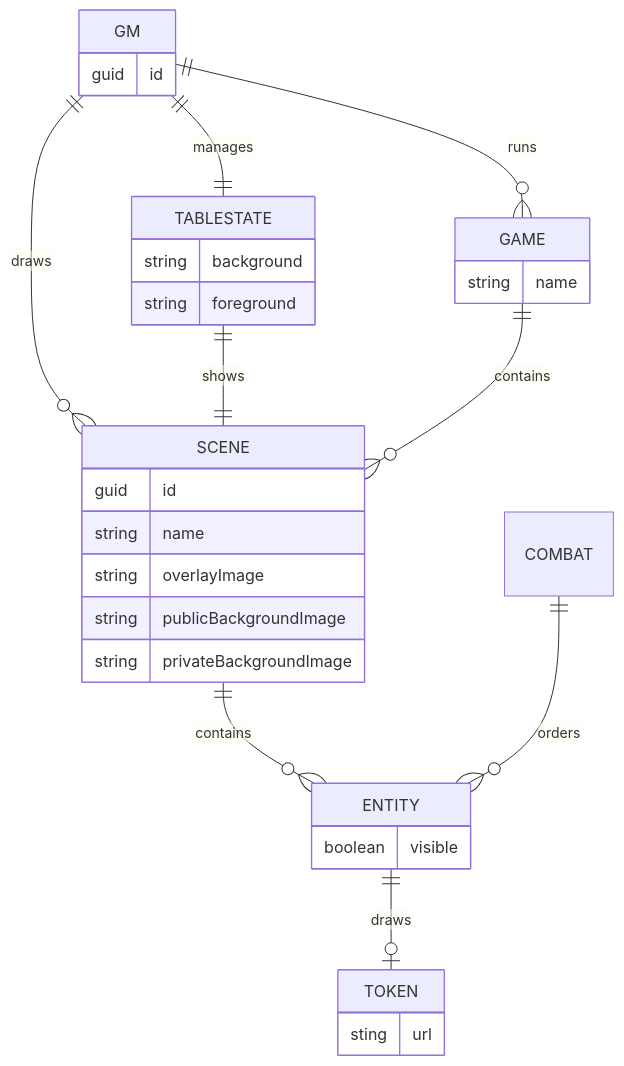
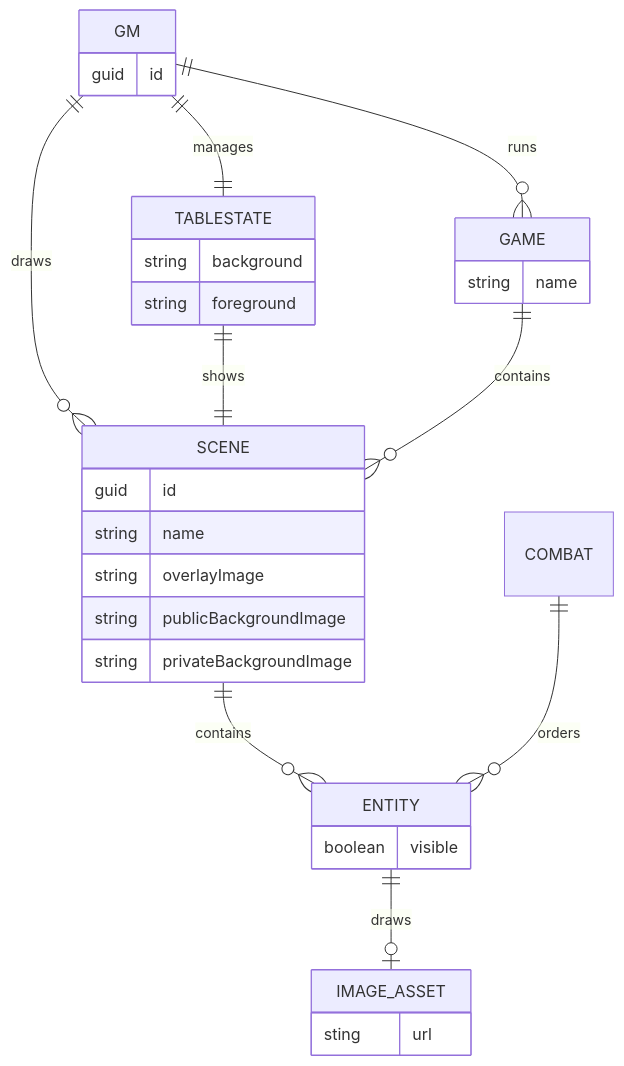
The diagram in packages/api/README.md (micahg/tbltp), drawn with Mermaid before and after one commit. The commit also changed 10 other files, not shown here.

````diff
--- a/packages/api/README.md
+++ b/packages/api/README.md
@@ -46,48 +46,48 @@
 ```mermaid
 erDiagram
 
 GM ||--o{ SCENE : draws
 
 GM ||--o{ GAME : runs
 
 GM ||--|| TABLESTATE : manages
 
 TABLESTATE ||--|| SCENE : shows
 
 GAME ||--o{ SCENE : contains
 
 SCENE ||--o{ ENTITY : contains
 
-ENTITY ||--o| TOKEN : draws
+ENTITY ||--o| IMAGE_ASSET : draws
 
 COMBAT ||--o{ ENTITY : orders
 
 GM {
   guid id
 }
 
 SCENE {
   guid id
   string name
   string overlayImage
   string publicBackgroundImage
   string privateBackgroundImage
 }
 
 TABLESTATE {
   string background
   string foreground
 }
 
 GAME {
   string name
 }
 
 ENTITY {
   boolean visible
 }
 
-TOKEN {
+IMAGE_ASSET {
   sting url
 }
 ```
````
